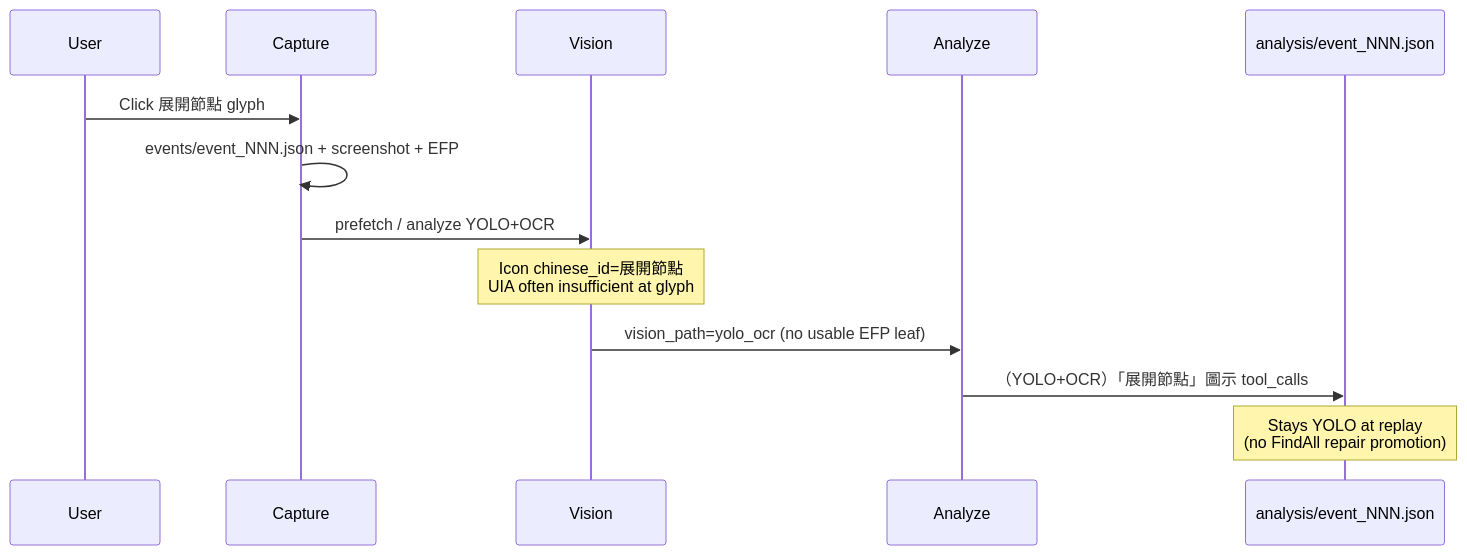
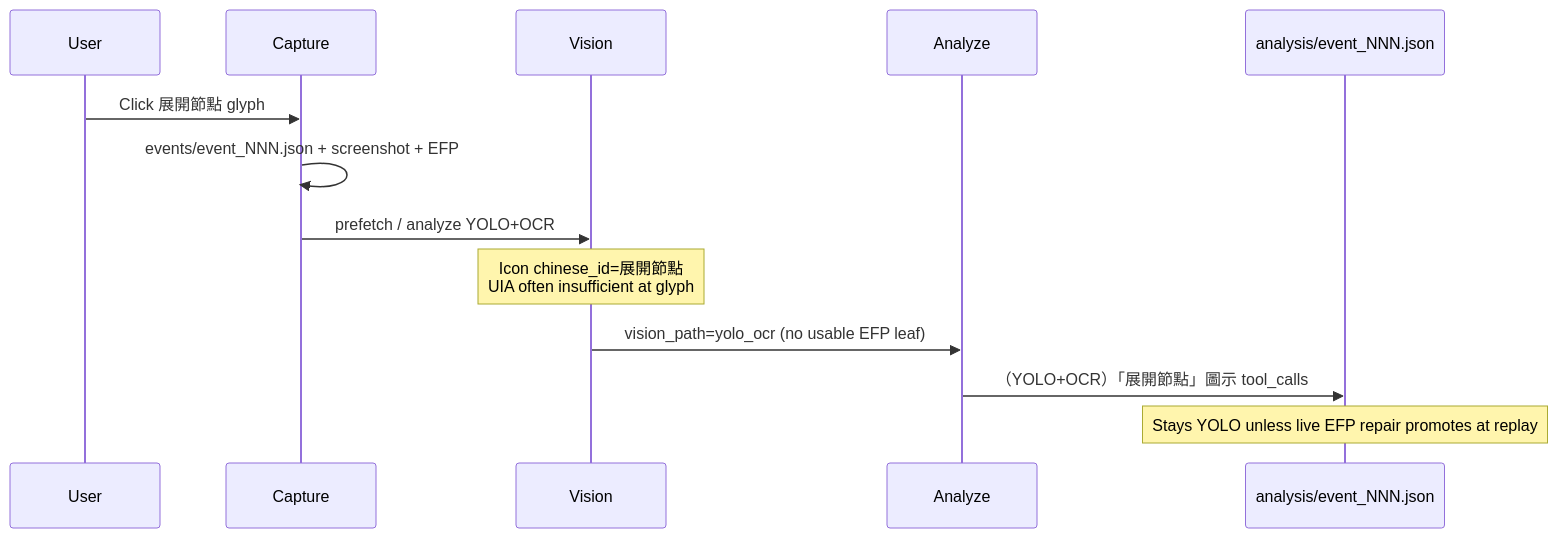
Before and after one commit to josephorng/QualityAssuranceAgent: the sixth of 6 diagrams in docs/recording-flow.md, drawn with Mermaid. The commit also changed other lines of this file and 7 other files, not shown here.

First line of the commit message:
Skip uniqueness-grow on UIA EFP hubs to fix Excel analysis stalls.

````diff
--- a/docs/recording-flow.md
+++ b/docs/recording-flow.md
@@ -165,16 +175,16 @@
 ```mermaid
 sequenceDiagram
   participant User
   participant Capture
   participant Vision
   participant Analyze
   participant Analysis as analysis/event_NNN.json
 
   User->>Capture: Click 展開節點 glyph
   Capture->>Capture: events/event_NNN.json + screenshot + EFP
   Capture->>Vision: prefetch / analyze YOLO+OCR
   Note over Vision: Icon chinese_id=展開節點<br/>UIA often insufficient at glyph
   Vision->>Analyze: vision_path=yolo_ocr (no usable EFP leaf)
   Analyze->>Analysis: （YOLO+OCR）「展開節點」圖示 tool_calls
-  Note over Analysis: Stays YOLO at replay<br/>(no FindAll repair promotion)
+  Note over Analysis: Stays YOLO unless live EFP repair promotes at replay
 ```
````
